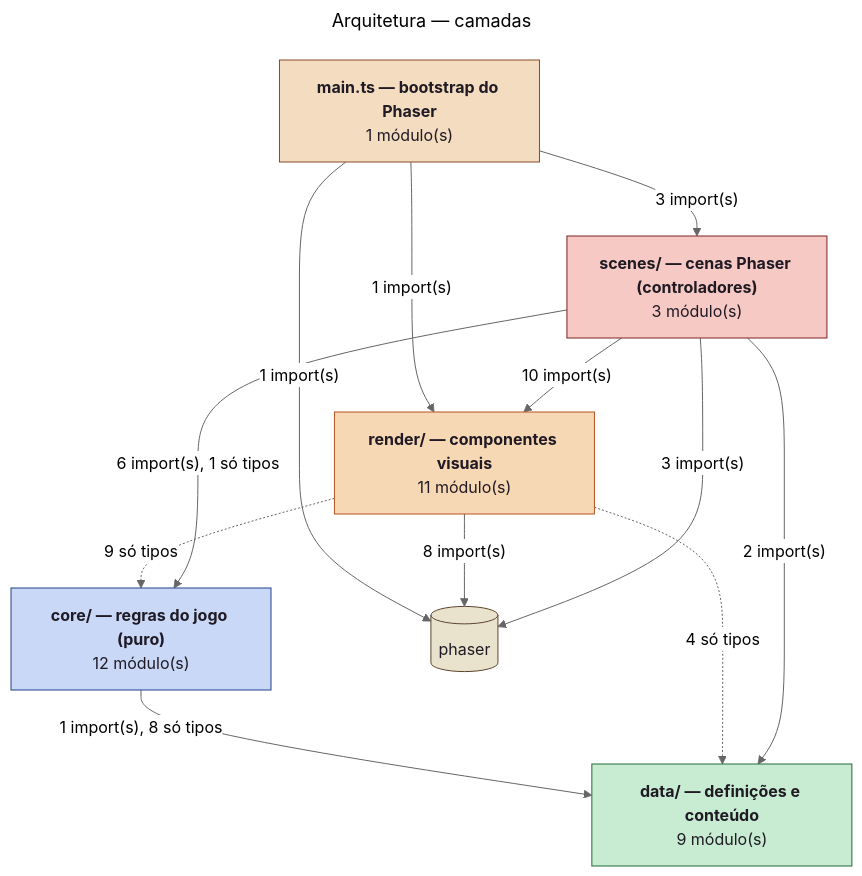
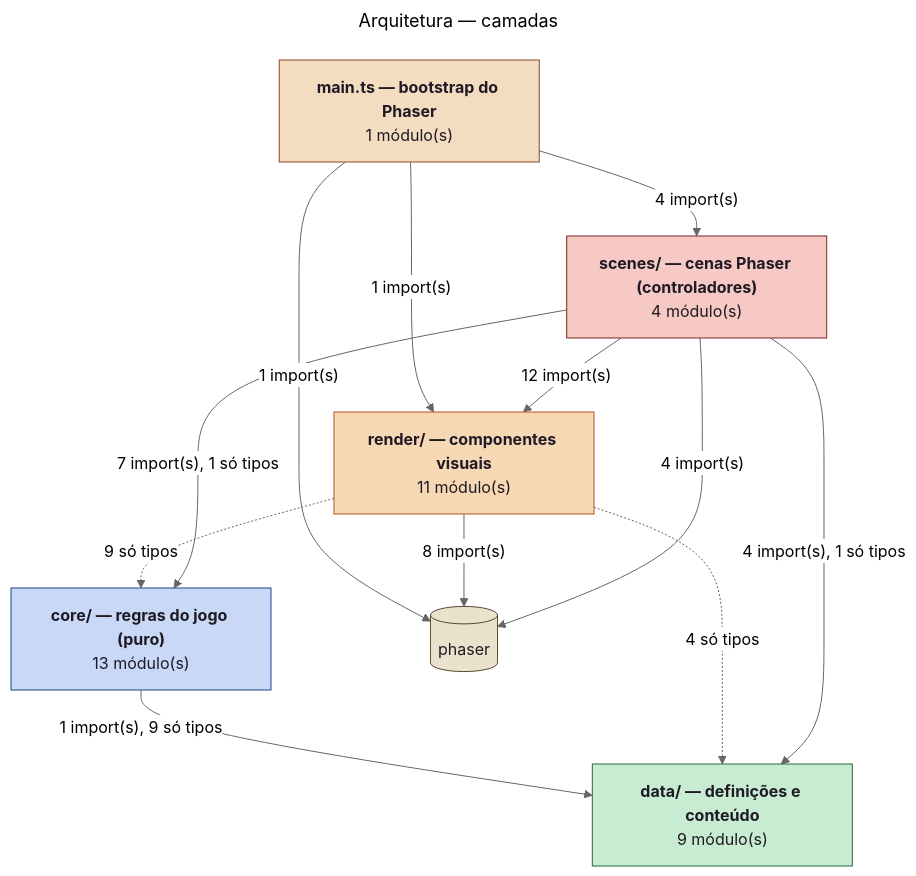
Before and after one commit to Pitossomos/fire-crest: the first of 2 diagrams in docs/diagrams/architecture.md, drawn with Mermaid (neutral theme). The commit also changed other lines of this file and 16 other files, not shown here.

````diff
--- a/docs/diagrams/architecture.md
+++ b/docs/diagrams/architecture.md
@@ -11,30 +11,30 @@
 ```mermaid
 ---
 title: Arquitetura — camadas
 ---
 flowchart TB
   app["<b>main.ts — bootstrap do Phaser</b><br/>1 módulo(s)"]:::layer_app
-  scenes["<b>scenes/ — cenas Phaser (controladores)</b><br/>3 módulo(s)"]:::layer_scenes
+  scenes["<b>scenes/ — cenas Phaser (controladores)</b><br/>4 módulo(s)"]:::layer_scenes
   render["<b>render/ — componentes visuais</b><br/>11 módulo(s)"]:::layer_render
-  core["<b>core/ — regras do jogo (puro)</b><br/>12 módulo(s)"]:::layer_core
+  core["<b>core/ — regras do jogo (puro)</b><br/>13 módulo(s)"]:::layer_core
   data["<b>data/ — definições e conteúdo</b><br/>9 módulo(s)"]:::layer_data
   ext_phaser[("phaser")]:::external
   app -->|"1 import(s)"| ext_phaser
   app -->|"1 import(s)"| render
-  app -->|"3 import(s)"| scenes
-  core -->|"1 import(s), 8 só tipos"| data
+  app -->|"4 import(s)"| scenes
+  core -->|"1 import(s), 9 só tipos"| data
   render -.->|"9 só tipos"| core
   render -.->|"4 só tipos"| data
   render -->|"8 import(s)"| ext_phaser
-  scenes -->|"6 import(s), 1 só tipos"| core
-  scenes -->|"2 import(s)"| data
-  scenes -->|"3 import(s)"| ext_phaser
-  scenes -->|"10 import(s)"| render
+  scenes -->|"7 import(s), 1 só tipos"| core
+  scenes -->|"4 import(s), 1 só tipos"| data
+  scenes -->|"4 import(s)"| ext_phaser
+  scenes -->|"12 import(s)"| render
   classDef external fill:#e9e2cc,stroke:#5c4630,color:#1f1a24
   classDef layer_app fill:#f3dcc0,stroke:#8a4a2a,color:#1f1a24
   classDef layer_scenes fill:#f6c9c4,stroke:#7a2420,color:#1f1a24
   classDef layer_render fill:#f7d8b5,stroke:#b4531f,color:#1f1a24
   classDef layer_core fill:#c9d8f6,stroke:#24418a,color:#1f1a24
   classDef layer_data fill:#c8ecd2,stroke:#226b37,color:#1f1a24
   classDef layer_save fill:#ddd2f2,stroke:#4b3a6b,color:#1f1a24
 ```
````
